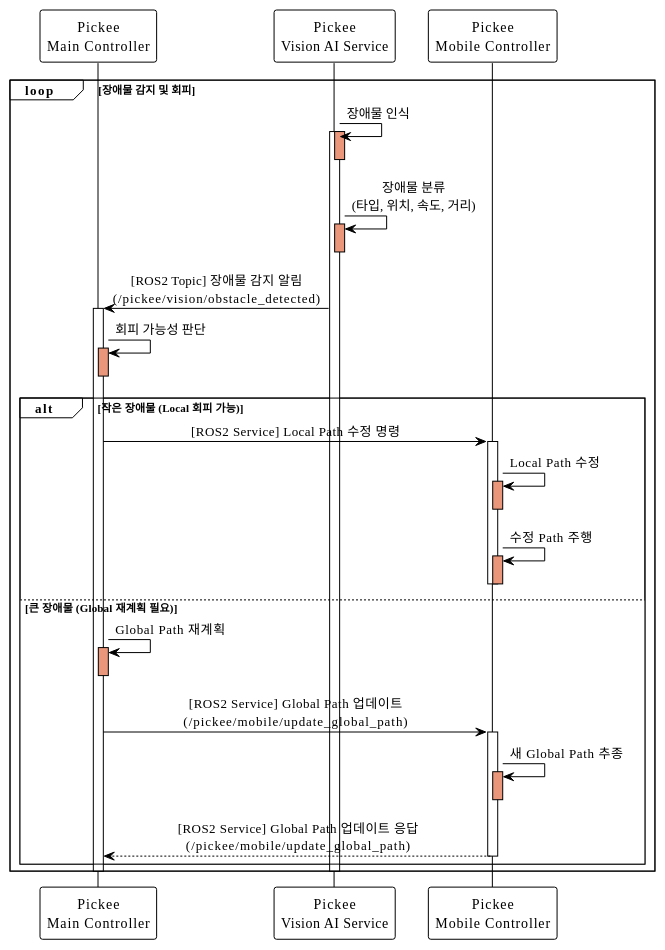
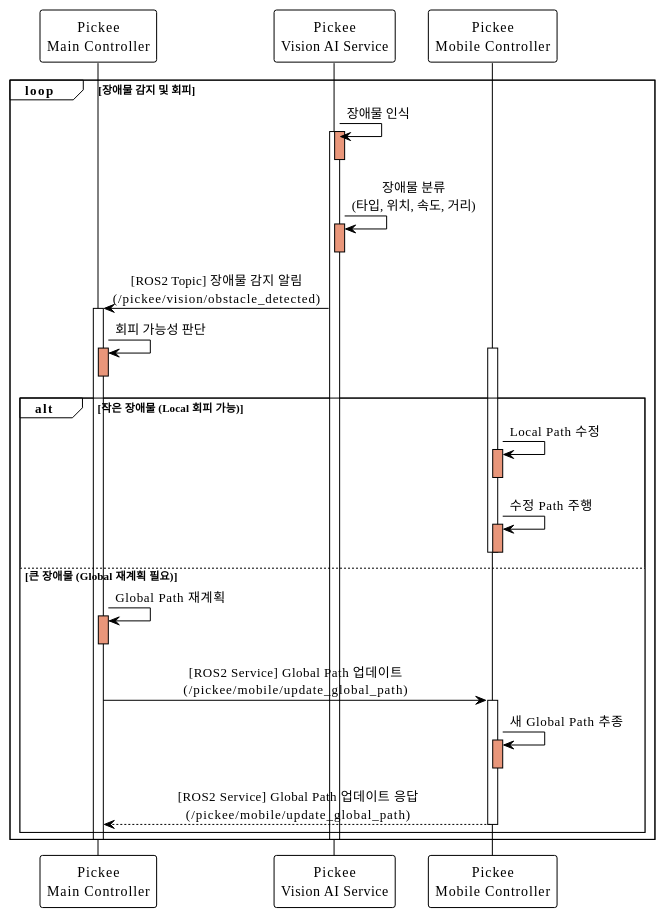
The diagram in docs/SequenceDiagram/SC_02_2_1.md (addinedu-roscamp-7th/roscamp-repo-1), drawn with PlantUML before and after one commit. The commit also changed 8 other files, not shown here.

```diff
--- a/docs/SequenceDiagram/SC_02_2_1.md
+++ b/docs/SequenceDiagram/SC_02_2_1.md
@@ -1,61 +1,60 @@
 @startuml SC_02_2_1
 !theme plain
 skinparam backgroundColor #FFFFFF
 skinparam sequenceMessageAlign center
 
 participant "Pickee\nMain Controller" as pickee_main
 participant "Pickee\nVision AI Service" as vision
 participant "Pickee\nMobile Controller" as pickee_mobile
 
 loop 장애물 감지 및 회피
     vision -> vision: 장애물 인식
     activate vision
     activate vision #DarkSalmon
     deactivate vision
     
     vision -> vision: 장애물 분류\n(타입, 위치, 속도, 거리)
     activate vision #DarkSalmon
     deactivate vision
     
     vision -> pickee_main: [ROS2 Topic] 장애물 감지 알림\n(/pickee/vision/obstacle_detected)
     activate pickee_main
     
     pickee_main -> pickee_main: 회피 가능성 판단
     activate pickee_main #DarkSalmon
     deactivate pickee_main
     
     alt 작은 장애물 (Local 회피 가능)
-        pickee_main -> pickee_mobile: [ROS2 Service] Local Path 수정 명령
         activate pickee_mobile
         
         pickee_mobile -> pickee_mobile: Local Path 수정
         activate pickee_mobile #DarkSalmon
         deactivate pickee_mobile
         
         pickee_mobile -> pickee_mobile: 수정 Path 주행
         activate pickee_mobile #DarkSalmon
         deactivate pickee_mobile
         
         deactivate pickee_mobile
         
     else 큰 장애물 (Global 재계획 필요)
         pickee_main -> pickee_main: Global Path 재계획
         activate pickee_main #DarkSalmon
         deactivate pickee_main
         
         pickee_main -> pickee_mobile: [ROS2 Service] Global Path 업데이트\n(/pickee/mobile/update_global_path)
         activate pickee_mobile
         
         pickee_mobile -> pickee_mobile: 새 Global Path 추종
         activate pickee_mobile #DarkSalmon
         deactivate pickee_mobile
         
         pickee_mobile --> pickee_main: [ROS2 Service] Global Path 업데이트 응답\n(/pickee/mobile/update_global_path)
         deactivate pickee_mobile
     end
     
     deactivate pickee_main
     deactivate vision
 end
 
 @enduml
```
